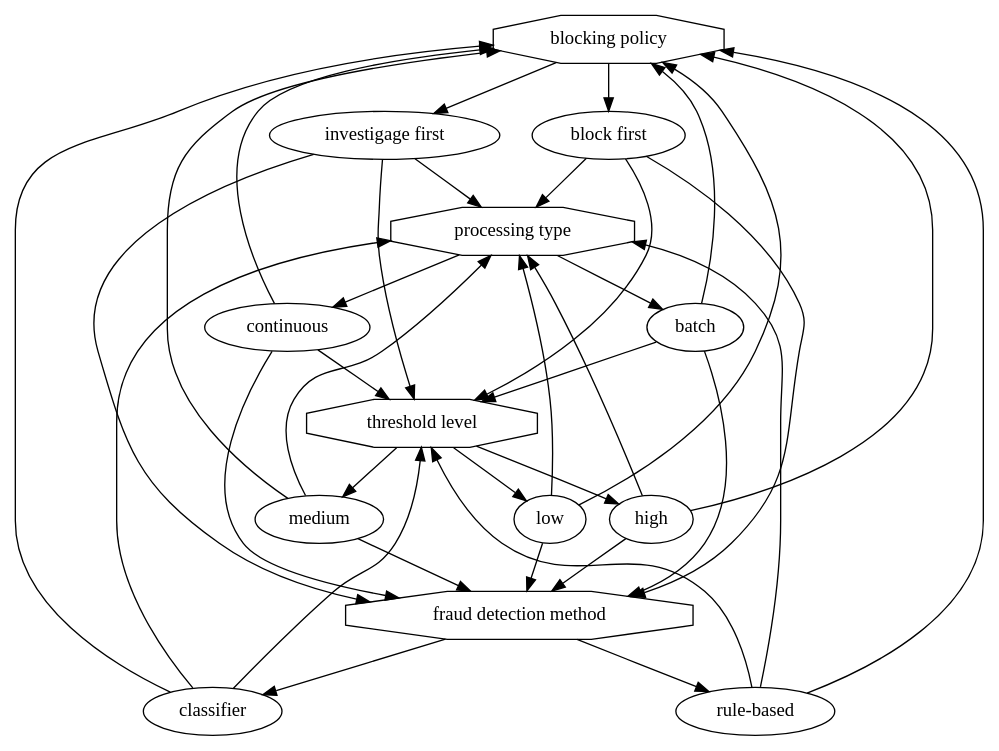
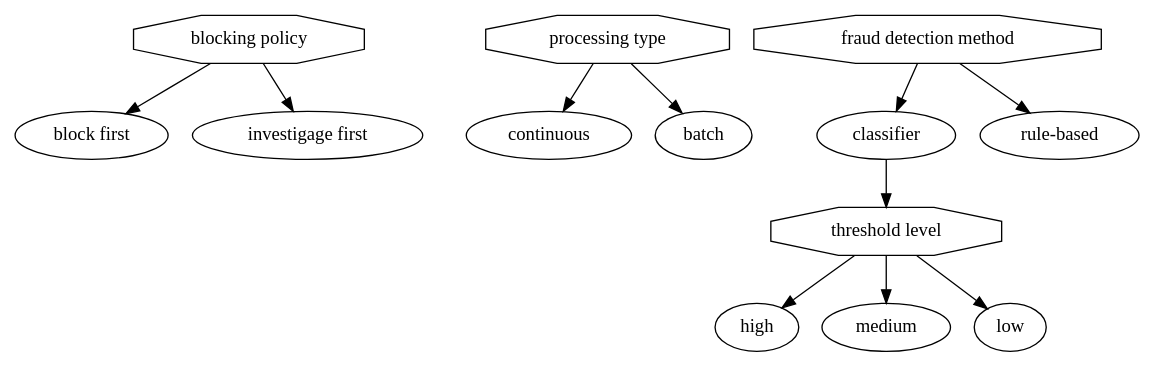
Before and after one commit to sbusari/RADAR2: the diagram in uk.ac.ucl.cs.results/PCFDM/graph/dgraph.dot, drawn with Graphviz. The commit also changed 21 other files, not shown here.

```diff
--- a/uk.ac.ucl.cs.results/PCFDM/graph/dgraph.dot
+++ b/uk.ac.ucl.cs.results/PCFDM/graph/dgraph.dot
@@ -1,69 +1,17 @@
 digraph G { 
 "blocking policy" [shape = polygon, sides =8] 
 "blocking policy" -> "block first"
-"processing type" [shape = polygon, sides =8] 
-"block first" -> "processing type"
-"fraud detection method" [shape = polygon, sides =8] 
-"block first" -> "fraud detection method"
-"threshold level" [shape = polygon, sides =8] 
-"block first" -> "threshold level"
 "blocking policy" -> "investigage first"
 "processing type" [shape = polygon, sides =8] 
-"investigage first" -> "processing type"
-"fraud detection method" [shape = polygon, sides =8] 
-"investigage first" -> "fraud detection method"
-"threshold level" [shape = polygon, sides =8] 
-"investigage first" -> "threshold level"
-"processing type" [shape = polygon, sides =8] 
 "processing type" -> "continuous"
-"blocking policy" [shape = polygon, sides =8] 
-"continuous" -> "blocking policy"
-"fraud detection method" [shape = polygon, sides =8] 
-"continuous" -> "fraud detection method"
-"threshold level" [shape = polygon, sides =8] 
-"continuous" -> "threshold level"
 "processing type" -> "batch"
-"blocking policy" [shape = polygon, sides =8] 
-"batch" -> "blocking policy"
-"fraud detection method" [shape = polygon, sides =8] 
-"batch" -> "fraud detection method"
-"threshold level" [shape = polygon, sides =8] 
-"batch" -> "threshold level"
 "fraud detection method" [shape = polygon, sides =8] 
 "fraud detection method" -> "classifier"
-"blocking policy" [shape = polygon, sides =8] 
-"classifier" -> "blocking policy"
-"processing type" [shape = polygon, sides =8] 
-"classifier" -> "processing type"
 "threshold level" [shape = polygon, sides =8] 
 "classifier" -> "threshold level"
 "fraud detection method" -> "rule-based"
-"blocking policy" [shape = polygon, sides =8] 
-"rule-based" -> "blocking policy"
-"processing type" [shape = polygon, sides =8] 
-"rule-based" -> "processing type"
-"threshold level" [shape = polygon, sides =8] 
-"rule-based" -> "threshold level"
 "threshold level" [shape = polygon, sides =8] 
 "threshold level" -> "high"
-"blocking policy" [shape = polygon, sides =8] 
-"high" -> "blocking policy"
-"processing type" [shape = polygon, sides =8] 
-"high" -> "processing type"
-"fraud detection method" [shape = polygon, sides =8] 
-"high" -> "fraud detection method"
 "threshold level" -> "medium"
-"blocking policy" [shape = polygon, sides =8] 
-"medium" -> "blocking policy"
-"processing type" [shape = polygon, sides =8] 
-"medium" -> "processing type"
-"fraud detection method" [shape = polygon, sides =8] 
-"medium" -> "fraud detection method"
 "threshold level" -> "low"
-"blocking policy" [shape = polygon, sides =8] 
-"low" -> "blocking policy"
-"processing type" [shape = polygon, sides =8] 
-"low" -> "processing type"
-"fraud detection method" [shape = polygon, sides =8] 
-"low" -> "fraud detection method"
 }
```
